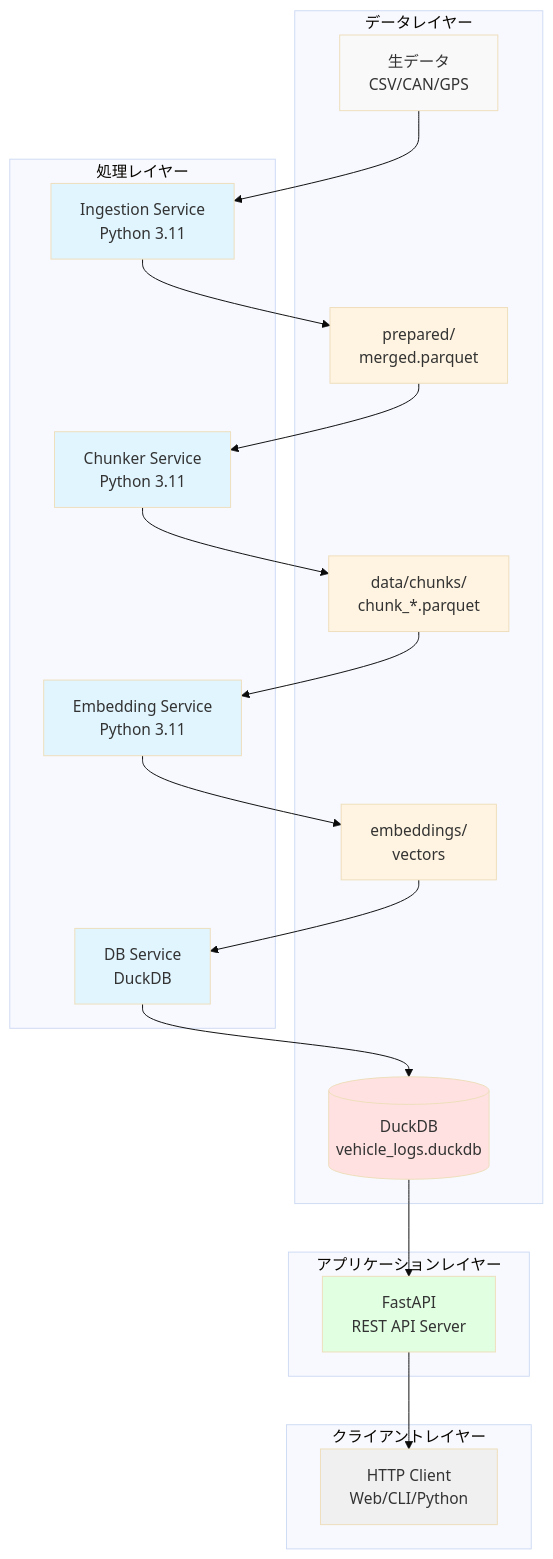
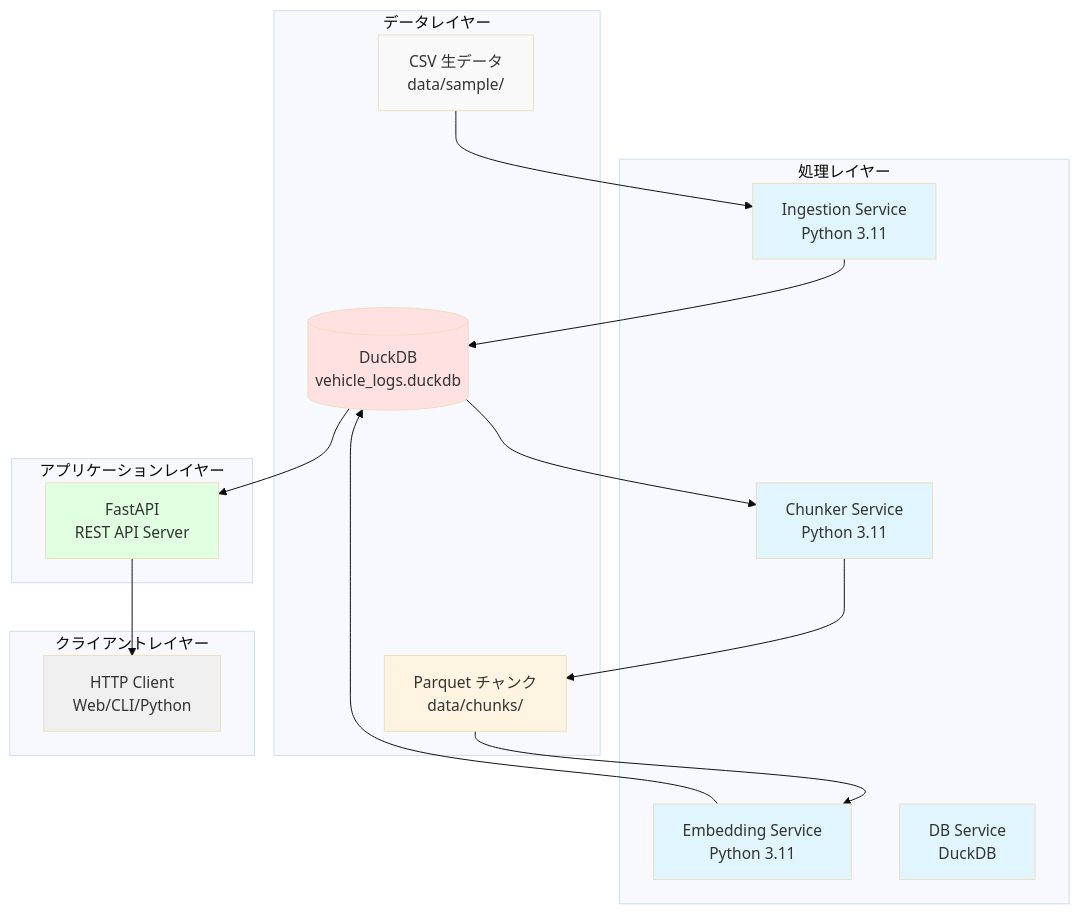
One commit to failure56/vehicle-log-system changed the diagram in doc/architecture.md. Above: the diagram before and after it, drawn with Mermaid (base theme). The commit also changed other lines of this file and 1 other file, not shown here.

````diff
--- a/doc/architecture.md
+++ b/doc/architecture.md
@@ -9,48 +9,42 @@
 ```mermaid
 graph TB
     subgraph "データレイヤー"
-        RawData[生データ<br/>CSV/CAN/GPS]
-        Prepared[prepared/<br/>merged.parquet]
-        Chunks[data/chunks/<br/>chunk_*.parquet]
-        Embeddings[embeddings/<br/>vectors]
+        RawData[CSV 生データ<br/>data/sample/]
+        Chunks[Parquet チャンク<br/>data/chunks/]
         DB[(DuckDB<br/>vehicle_logs.duckdb)]
     end
     
     subgraph "処理レイヤー"
         Ingestion[Ingestion Service<br/>Python 3.11]
         Chunker[Chunker Service<br/>Python 3.11]
         Embedding[Embedding Service<br/>Python 3.11]
         DBService[DB Service<br/>DuckDB]
     end
     
     subgraph "アプリケーションレイヤー"
         API[FastAPI<br/>REST API Server]
     end
     
     subgraph "クライアントレイヤー"
         Client[HTTP Client<br/>Web/CLI/Python]
     end
     
     RawData --> Ingestion
-    Ingestion --> Prepared
-    Prepared --> Chunker
+    Ingestion --> DB
+    DB --> Chunker
     Chunker --> Chunks
     Chunks --> Embedding
-    Embedding --> Embeddings
-    Embeddings --> DBService
-    DBService --> DB
+    Embedding --> DB
     DB --> API
     API --> Client
     
     style RawData fill:#f9f9f9
-    style Prepared fill:#fff4e1
     style Chunks fill:#fff4e1
-    style Embeddings fill:#fff4e1
     style DB fill:#ffe1e1
     style Ingestion fill:#e1f5ff
     style Chunker fill:#e1f5ff
     style Embedding fill:#e1f5ff
     style DBService fill:#e1f5ff
     style API fill:#e1ffe1
     style Client fill:#f0f0f0
 ```
````
